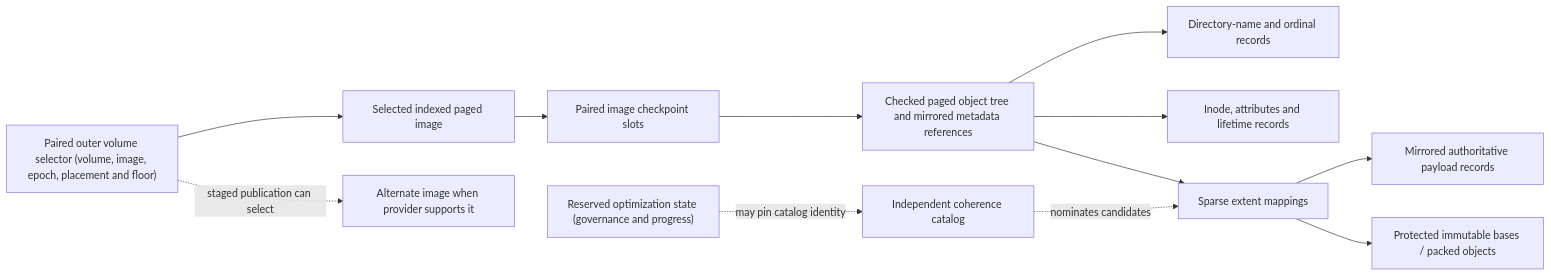
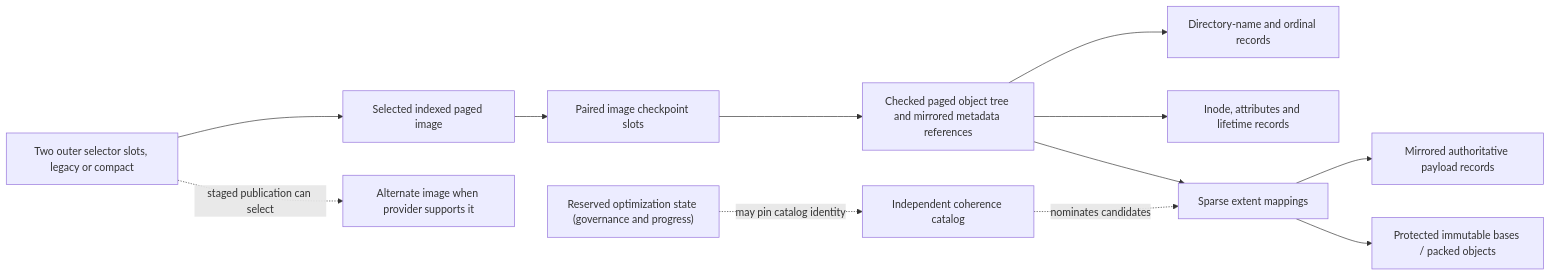
One commit to strmt7/FlitzFS changed the fifth of 18 diagrams in docs/architecture/CURRENT.md. Above: the diagram before and after it, drawn with Mermaid. The commit also changed other lines of this file and 19 other files, not shown here.

Commit message:
Compact recovery selectors for new indexed Windows memory volumes

````diff
--- a/docs/architecture/CURRENT.md
+++ b/docs/architecture/CURRENT.md
@@ -174,14 +174,14 @@
 ```mermaid
 flowchart LR
-    V["Paired outer volume selector (volume, image, epoch, placement and floor)"] --> Image["Selected indexed paged image"]
+    V["Two outer selector slots, legacy or compact"] --> Image["Selected indexed paged image"]
     V -. "staged publication can select" .-> Alternate["Alternate image when provider supports it"]
     Image --> R["Paired image checkpoint slots"]
     R --> Tree["Checked paged object tree and mirrored metadata references"]
     Tree --> Names["Directory-name and ordinal records"]
     Tree --> Inodes["Inode, attributes and lifetime records"]
     Tree --> Extents["Sparse extent mappings"]
     Extents --> Bank["Mirrored authoritative payload records"]
     Extents --> Base["Protected immutable bases / packed objects"]
     Advisory["Reserved optimization state (governance and progress)"] -. "may pin catalog identity" .-> Coh["Independent coherence catalog"]
     Coh -. "nominates candidates" .-> Extents
 ```
````
